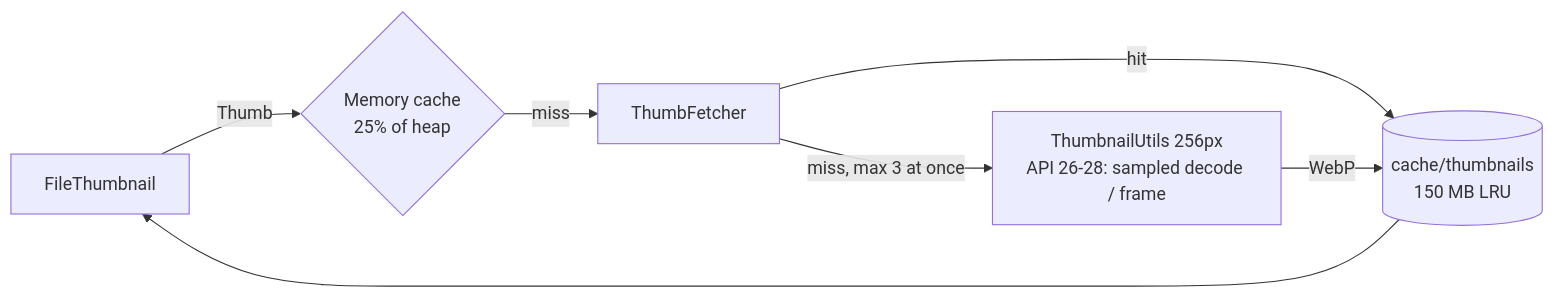
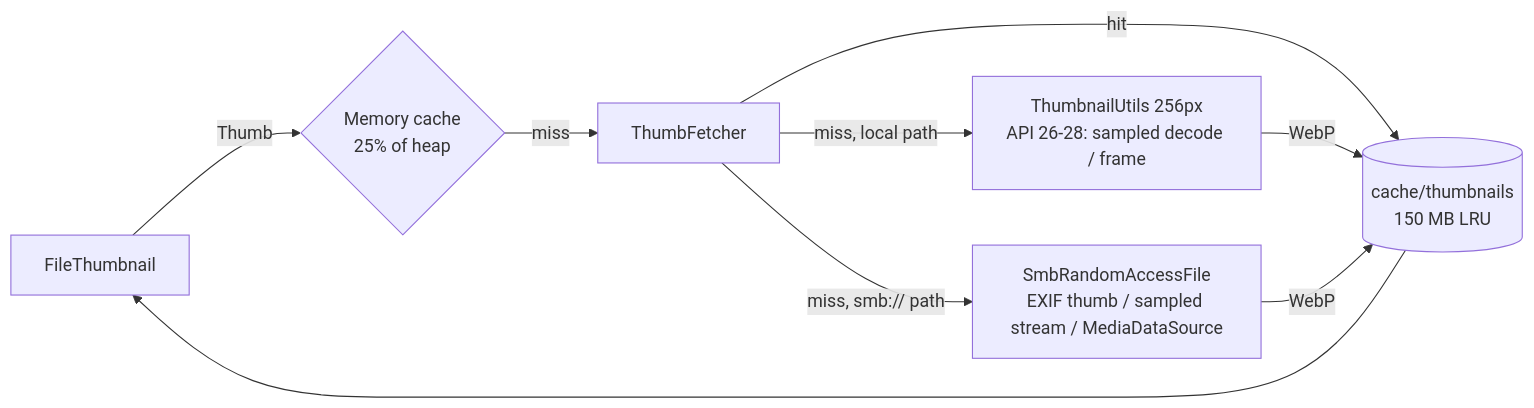
Before and after one commit to aiyu-ayaan/Findex: the sixth of 15 diagrams in development/docs/ARCHITECTURE.md, drawn with Mermaid. The commit also changed other lines of this file and 1 other file, not shown here.

Commit message:
docs(Architecture) : Document SMB thumbnail generation and seekable SmbContentProvider streaming

````diff
--- a/development/docs/ARCHITECTURE.md
+++ b/development/docs/ARCHITECTURE.md
@@ -249,9 +251,11 @@
 ```mermaid
 flowchart LR
     Row[FileThumbnail] -->|Thumb| Mem{Memory cache<br/>25% of heap}
     Mem -->|miss| Fetch[ThumbFetcher]
     Fetch -->|hit| Disk[(cache/thumbnails<br/>150 MB LRU)]
-    Fetch -->|miss, max 3 at once| Gen[ThumbnailUtils 256px<br/>API 26-28: sampled decode / frame]
+    Fetch -->|miss, local path| Gen[ThumbnailUtils 256px<br/>API 26-28: sampled decode / frame]
+    Fetch -->|miss, smb:// path| RemoteGen[SmbRandomAccessFile<br/>EXIF thumb / sampled stream / MediaDataSource]
     Gen -->|WebP| Disk
+    RemoteGen -->|WebP| Disk
     Disk --> Row
 ```
````
